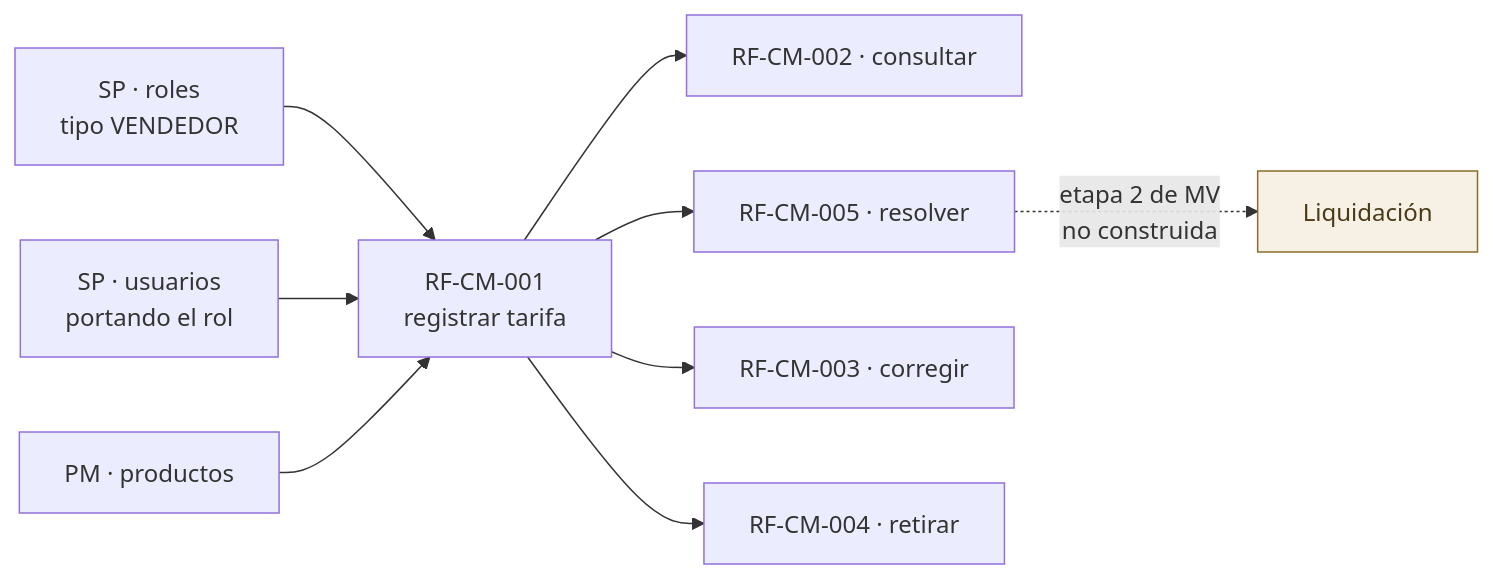
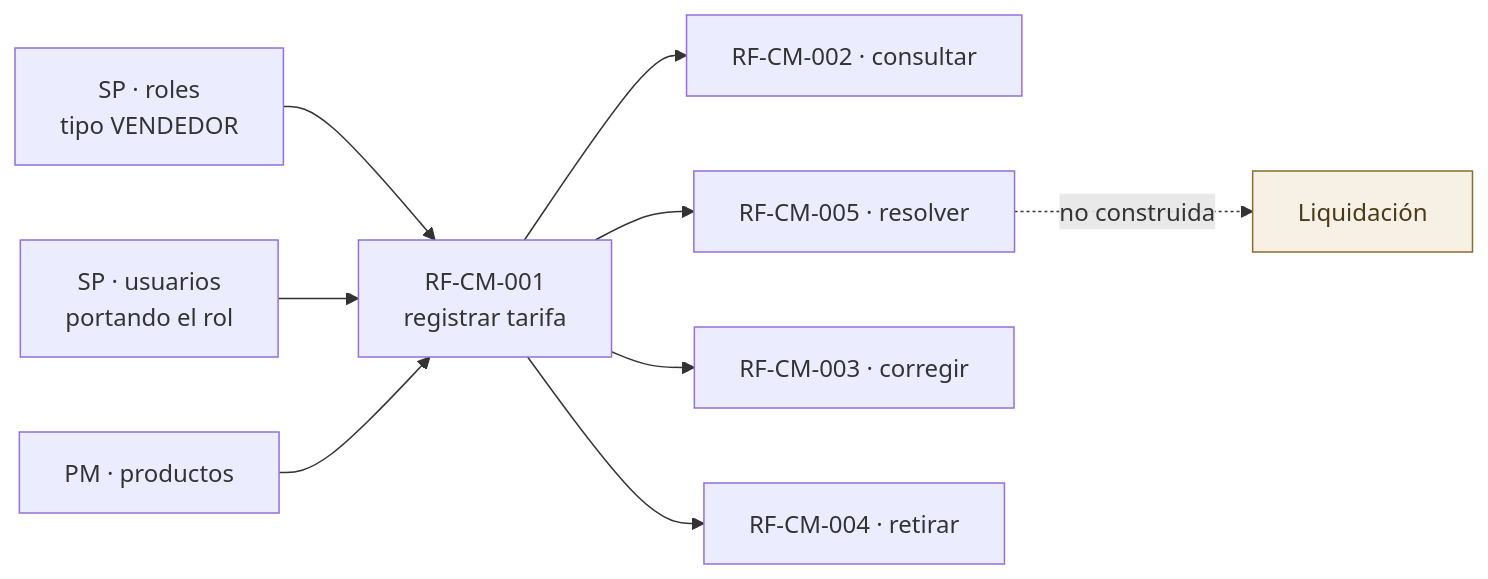
One commit to NexusPro-Dev/backend changed the fourth of 4 diagrams in docs/flujos/cm/flujos-del-modulo.md. Above: the diagram before and after it, drawn with Mermaid. The commit also changed other lines of this file and 12 other files, not shown here.

````diff
--- a/docs/flujos/cm/flujos-del-modulo.md
+++ b/docs/flujos/cm/flujos-del-modulo.md
@@ -129,15 +129,15 @@
 ```mermaid
 flowchart LR
     SP1["SP · roles<br/>tipo VENDEDOR"] --> CM1["RF-CM-001<br/>registrar tarifa"]
     SP2["SP · usuarios<br/>portando el rol"] --> CM1
     PM1["PM · productos"] --> CM1
     CM1 --> CM2["RF-CM-002 · consultar"]
     CM1 --> CM5["RF-CM-005 · resolver"]
     CM1 --> CM3["RF-CM-003 · corregir"]
     CM1 --> CM4["RF-CM-004 · retirar"]
 
-    CM5 -.->|"etapa 2 de MV<br/>no construida"| L["Liquidación"]
+    CM5 -.->|"no construida"| L["Liquidación"]
 
     classDef pend fill:#F7F0E5,stroke:#8A6D2A,color:#4A3A16
     class L pend
 ```
````
